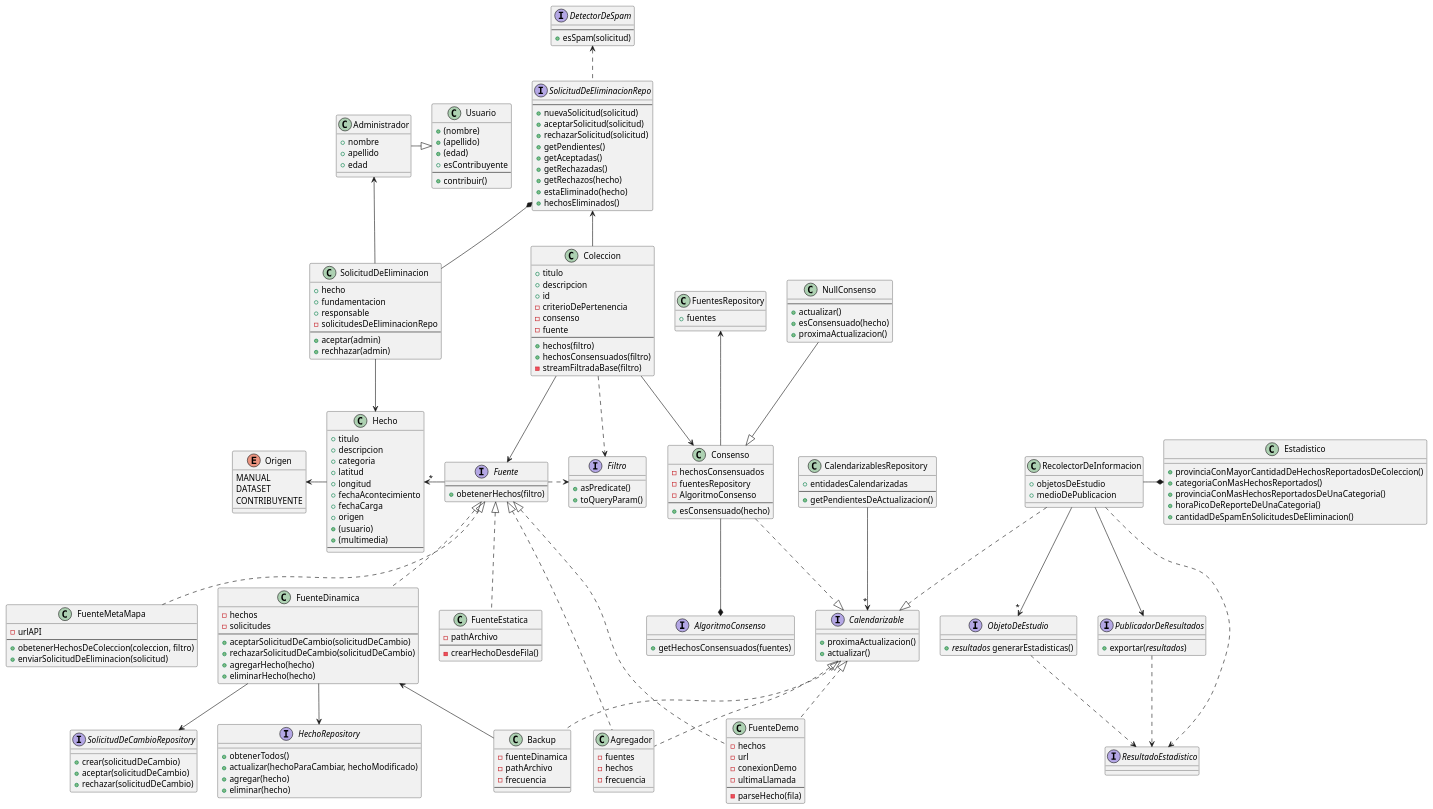
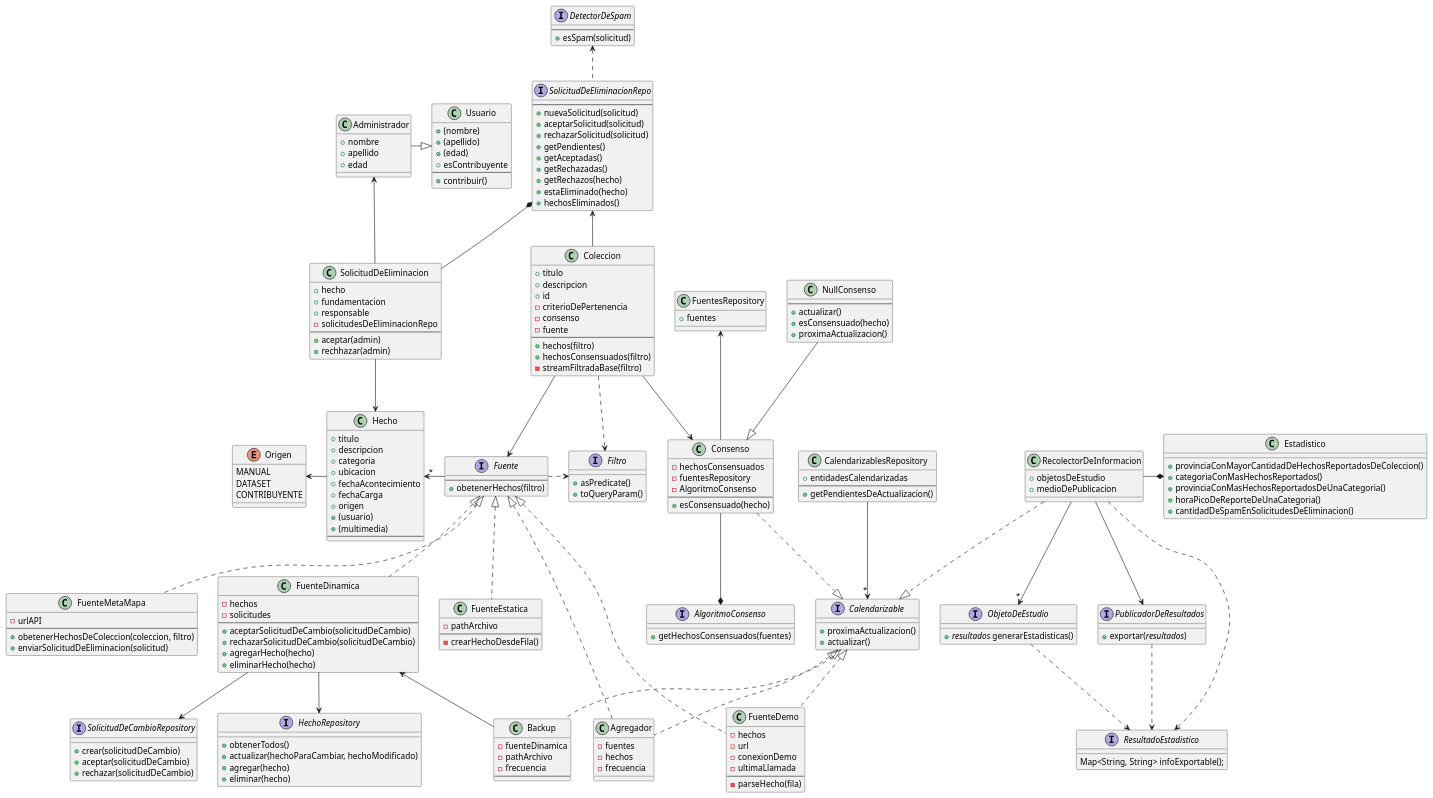
One commit to lrizzitano/Metamapa changed the diagram in diagramas/diagrama-clases.puml. Above: the diagram before and after it, drawn with PlantUML. The commit also changed 1 other file, not shown here.

Commit message:
sumo datita a diagrams

```diff
--- a/diagramas/diagrama-clases.puml
+++ b/diagramas/diagrama-clases.puml
@@ -96,8 +96,7 @@
     +titulo
     +descripcion
     +categoria
-    +latitud
-    +longitud
+    +ubicacion
     +fechaAcontecimiento
     +fechaCarga
     +origen
@@ -193,6 +192,7 @@
 }
 
 interface ResultadoEstadistico {
+  Map<String, String> infoExportable();
 }
 
 class Estadistico {
```
